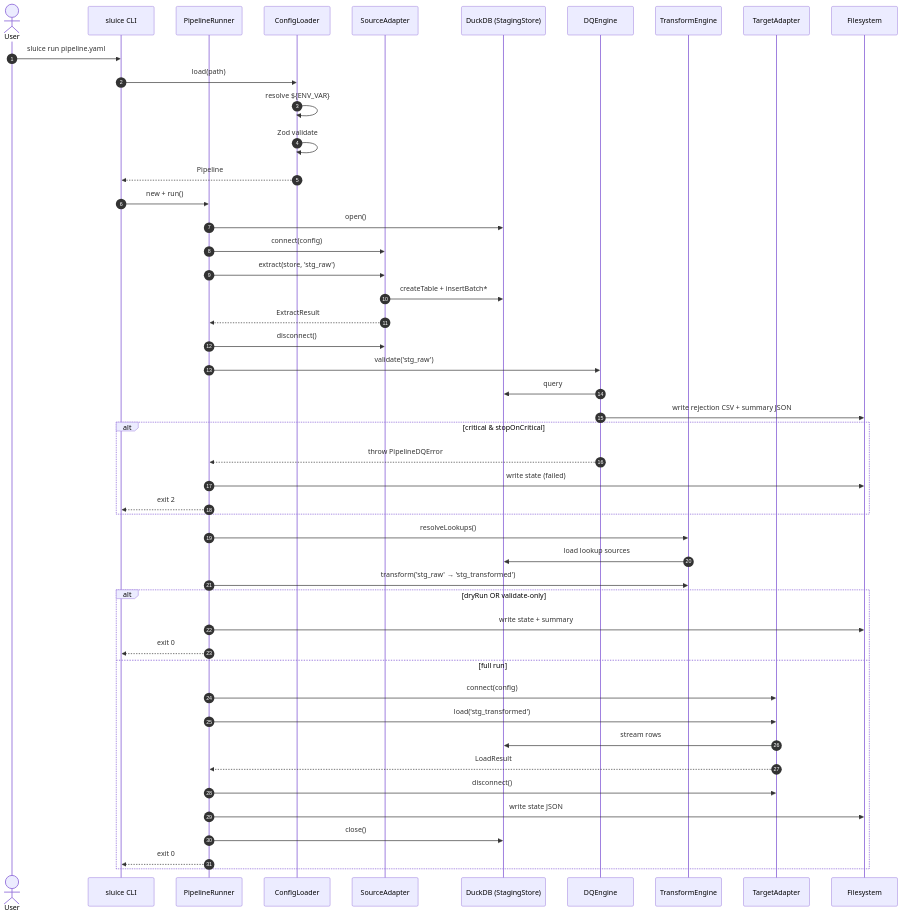
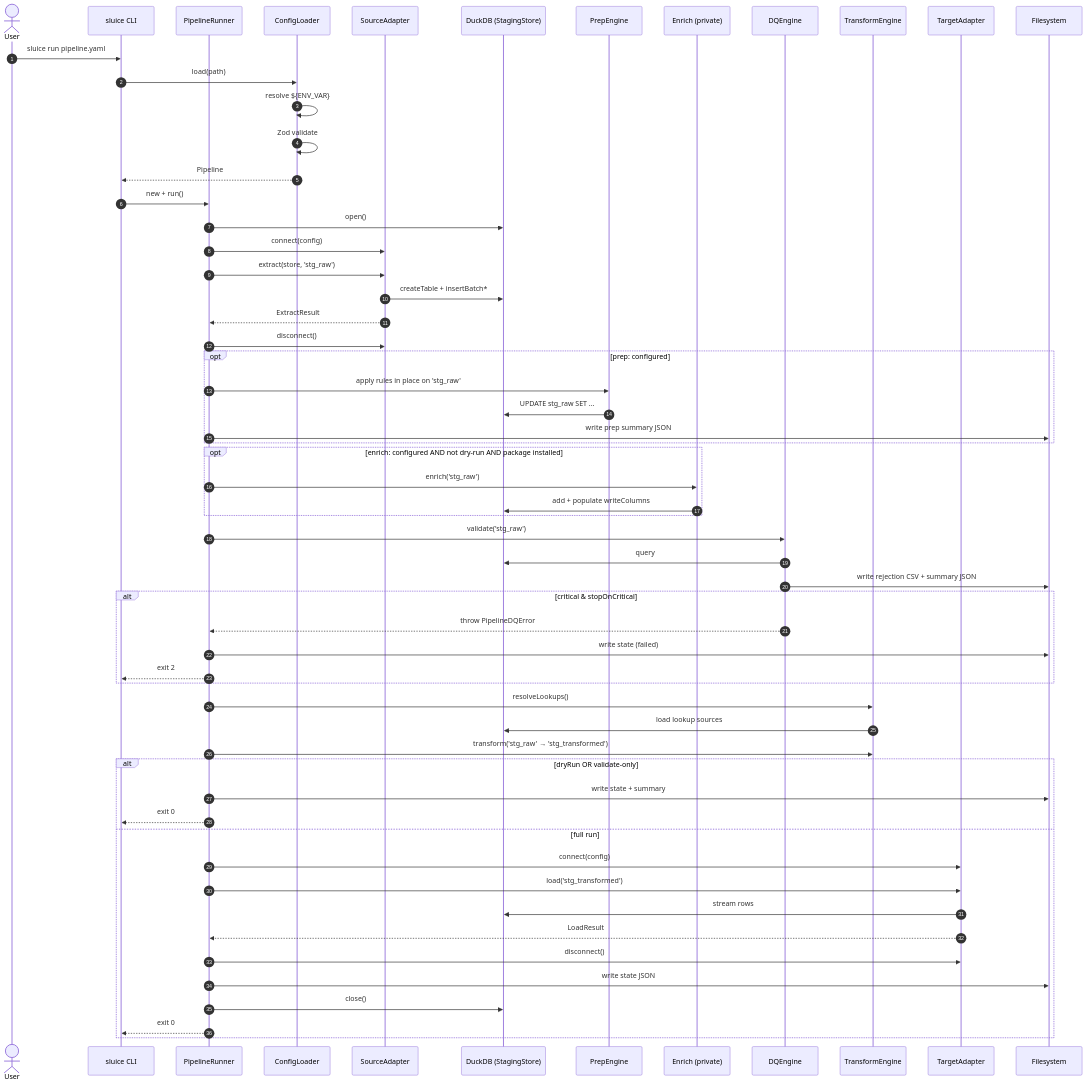
The second of 4 diagrams in docs-site/src/content/docs/architecture/how-it-works.mdx (caracal-lynx/sluice), drawn with Mermaid before and after one commit. The commit also changed other lines of this file and 18 other files, not shown here.

````diff
--- a/docs-site/src/content/docs/architecture/how-it-works.mdx
+++ b/docs-site/src/content/docs/architecture/how-it-works.mdx
@@ -80,55 +86,68 @@
 ```mermaid
 sequenceDiagram
     autonumber
     actor User
     participant CLI as sluice CLI
     participant Run as PipelineRunner
     participant Cfg as ConfigLoader
     participant Src as SourceAdapter
     participant Duck as DuckDB (StagingStore)
+    participant Prep as PrepEngine
+    participant Enr as Enrich (private)
     participant DQ as DQEngine
     participant Tx as TransformEngine
     participant Tgt as TargetAdapter
     participant FS as Filesystem
 
     User->>CLI: sluice run pipeline.yaml
     CLI->>Cfg: load(path)
     Cfg->>Cfg: resolve ${ENV_VAR}
     Cfg->>Cfg: Zod validate
     Cfg-->>CLI: Pipeline
     CLI->>Run: new + run()
 
     Run->>Duck: open()
     Run->>Src: connect(config)
     Run->>Src: extract(store, 'stg_raw')
     Src->>Duck: createTable + insertBatch*
     Src-->>Run: ExtractResult
     Run->>Src: disconnect()
+
+    opt prep: configured
+        Run->>Prep: apply rules in place on 'stg_raw'
+        Prep->>Duck: UPDATE stg_raw SET ...
+        Run->>FS: write prep summary JSON
+    end
+
+    opt enrich: configured AND not dry-run AND package installed
+        Run->>Enr: enrich('stg_raw')
+        Enr->>Duck: add + populate writeColumns
+    end
 
     Run->>DQ: validate('stg_raw')
     DQ->>Duck: query
     DQ->>FS: write rejection CSV + summary JSON
     alt critical & stopOnCritical
         DQ-->>Run: throw PipelineDQError
         Run->>FS: write state (failed)
         Run-->>CLI: exit 2
     end
 
     Run->>Tx: resolveLookups()
     Tx->>Duck: load lookup sources
     Run->>Tx: transform('stg_raw' → 'stg_transformed')
 
     alt dryRun OR validate-only
         Run->>FS: write state + summary
         Run-->>CLI: exit 0
     else full run
         Run->>Tgt: connect(config)
         Run->>Tgt: load('stg_transformed')
         Tgt->>Duck: stream rows
         Tgt-->>Run: LoadResult
         Run->>Tgt: disconnect()
         Run->>FS: write state JSON
         Run->>Duck: close()
         Run-->>CLI: exit 0
     end
 ```
````
